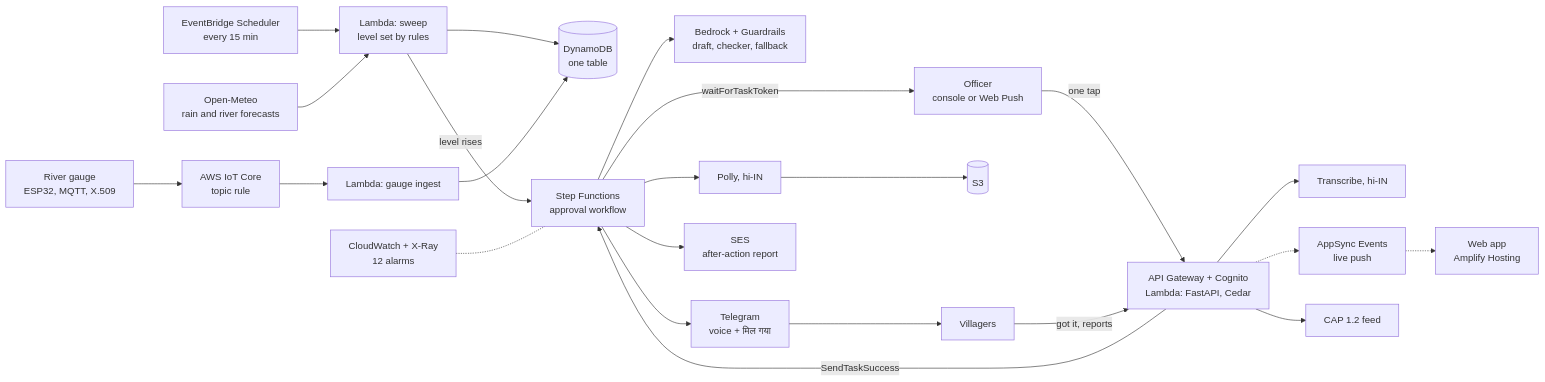
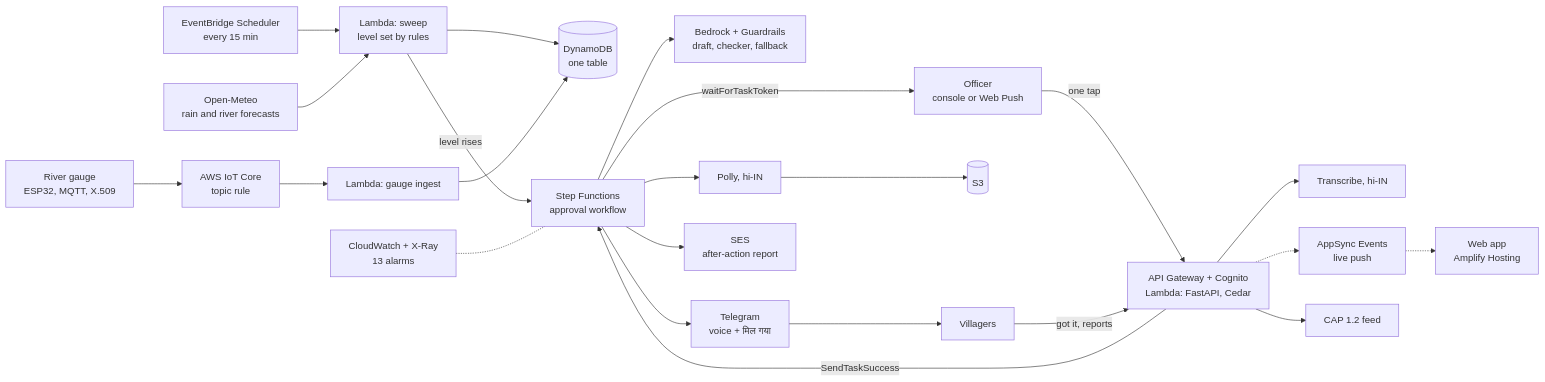
Before and after one commit to Prashant-thakur77/pukaar: the diagram in README.md, drawn with Mermaid. The commit also changed other lines of this file and 41 other files, not shown here.

````diff
--- a/README.md
+++ b/README.md
@@ -242,21 +242,21 @@
 ```mermaid
 flowchart LR
   EB["EventBridge Scheduler<br/>every 15 min"] --> SW["Lambda: sweep<br/>level set by rules"]
   OM["Open-Meteo<br/>rain and river forecasts"] --> SW
   GA["River gauge<br/>ESP32, MQTT, X.509"] --> IOT["AWS IoT Core<br/>topic rule"] --> GI["Lambda: gauge ingest"]
   SW --> DB[("DynamoDB<br/>one table")]
   GI --> DB
   SW -- "level rises" --> SF["Step Functions<br/>approval workflow"]
   SF --> BR["Bedrock + Guardrails<br/>draft, checker, fallback"]
   SF -- "waitForTaskToken" --> OF["Officer<br/>console or Web Push"]
   OF -- "one tap" --> API["API Gateway + Cognito<br/>Lambda: FastAPI, Cedar"]
   API -- "SendTaskSuccess" --> SF
   SF --> PO["Polly, hi-IN"] --> S3[("S3")]
   SF --> TG["Telegram<br/>voice + मिल गया"] --> VI["Villagers"]
   VI -- "got it, reports" --> API
   API --> TR["Transcribe, hi-IN"]
   API -.-> AS["AppSync Events<br/>live push"] -.-> WEB["Web app<br/>Amplify Hosting"]
   API --> CAP["CAP 1.2 feed"]
   SF --> SES["SES<br/>after-action report"]
-  CW["CloudWatch + X-Ray<br/>12 alarms"] -.- SF
+  CW["CloudWatch + X-Ray<br/>13 alarms"] -.- SF
 ```
````
